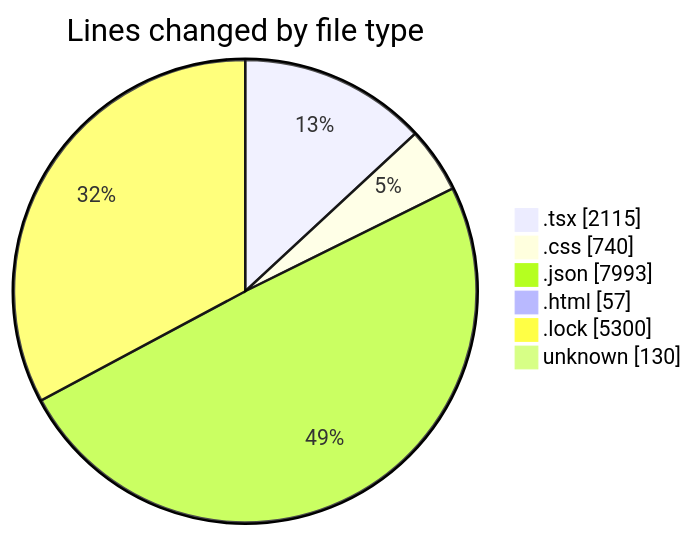
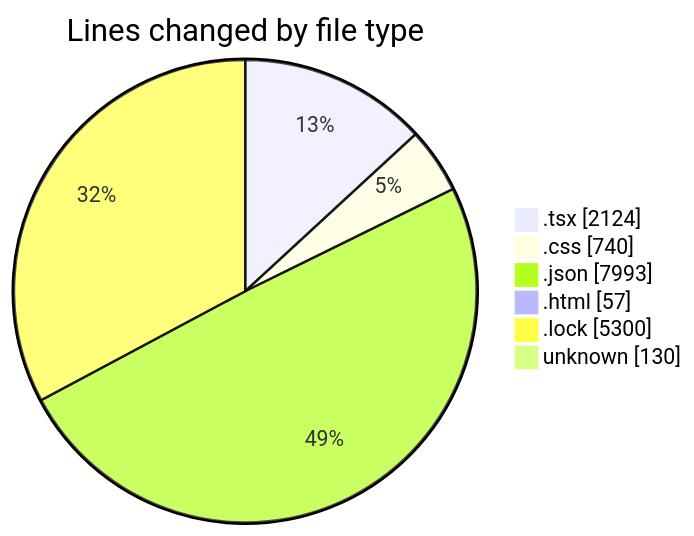
Before and after one commit to EIIisD/code-tracking: the first of 2 diagrams in 2025-08-12/ribbon/README.md, drawn with Mermaid. The commit also changed other lines of this file and 1 other file, not shown here.

````diff
--- a/2025-08-12/ribbon/README.md
+++ b/2025-08-12/ribbon/README.md
@@ -36,10 +36,10 @@
 ```mermaid
 pie showData
 title Lines changed by file type
-".tsx" : 2115
+".tsx" : 2124
 ".css" : 740
 ".json" : 7993
 ".html" : 57
 ".lock" : 5300
 "unknown" : 130
 ```
````
